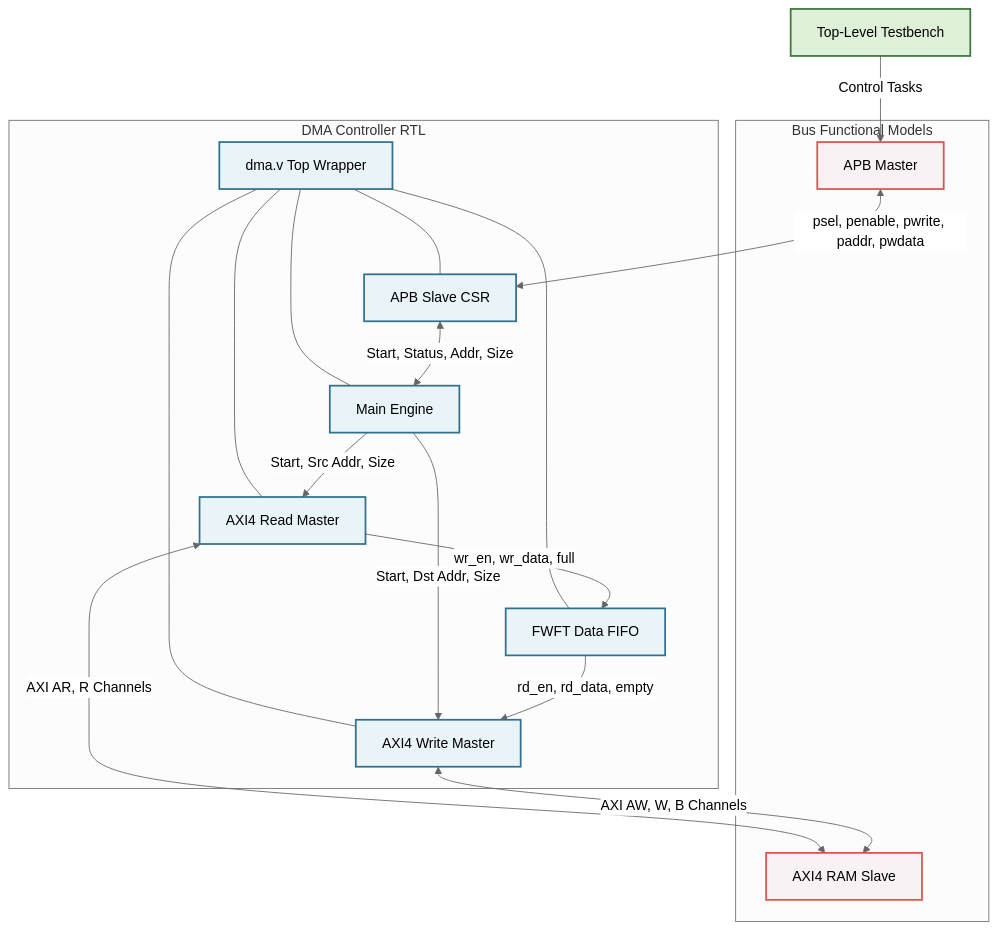
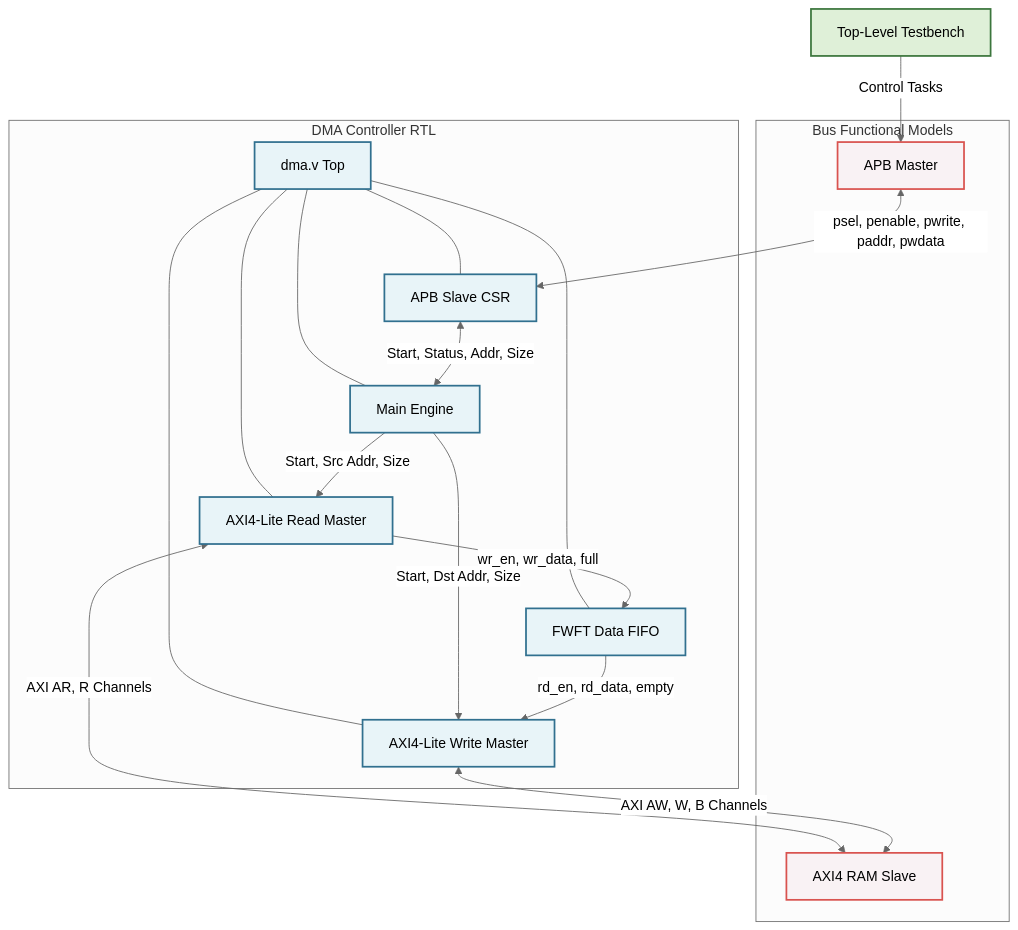
One commit to vanthienphuc/Direct_Memory_Access_Controller changed the diagram in README.md. Above: the diagram before and after it, drawn with Mermaid (neutral theme). The commit also changed other lines of this file, not shown here.

````diff
--- a/README.md
+++ b/README.md
@@ -23,48 +19,48 @@
 ```mermaid
 graph TD
     %% Define Styles
     classDef bfm fill:#f9f2f4,stroke:#d9534f,stroke-width:2px;
     classDef dma fill:#e8f4f8,stroke:#31708f,stroke-width:2px;
     classDef tb fill:#dff0d8,stroke:#3c763d,stroke-width:2px;
 
     %% Modules
     TB[Top-Level Testbench]:::tb
     
     subgraph BFMs [Bus Functional Models]
         APB_M[APB Master]:::bfm
         AXI_S[AXI4 RAM Slave]:::bfm
     end
 
     subgraph DMA_Controller [DMA Controller RTL]
-        TOP[dma.v Top Wrapper]:::dma
+        TOP[dma.v Top]:::dma
         CSR[APB Slave CSR]:::dma
         ME[Main Engine]:::dma
         FIFO[FWFT Data FIFO]:::dma
-        AXI_RM[AXI4 Read Master]:::dma
-        AXI_WM[AXI4 Write Master]:::dma
+        AXI_RM[AXI4-Lite Read Master]:::dma
+        AXI_WM[AXI4-Lite Write Master]:::dma
         
         TOP --- CSR
         TOP --- ME
         TOP --- FIFO
         TOP --- AXI_RM
         TOP --- AXI_WM
     end
 
     %% Connections
     TB -->|Control Tasks| APB_M
     
     %% APB to DMA
     APB_M <-->|psel, penable, pwrite, paddr, pwdata| CSR
     
     %% Internal DMA routing
     CSR <-->|Start, Status, Addr, Size| ME
     ME -->|Start, Src Addr, Size| AXI_RM
     ME -->|Start, Dst Addr, Size| AXI_WM
     
     AXI_RM -->|wr_en, wr_data, full| FIFO
     FIFO -->|rd_en, rd_data, empty| AXI_WM
 
     %% DMA to Memory
     AXI_RM <-->|AXI AR, R Channels| AXI_S
     AXI_WM <-->|AXI AW, W, B Channels| AXI_S
 ```
````
